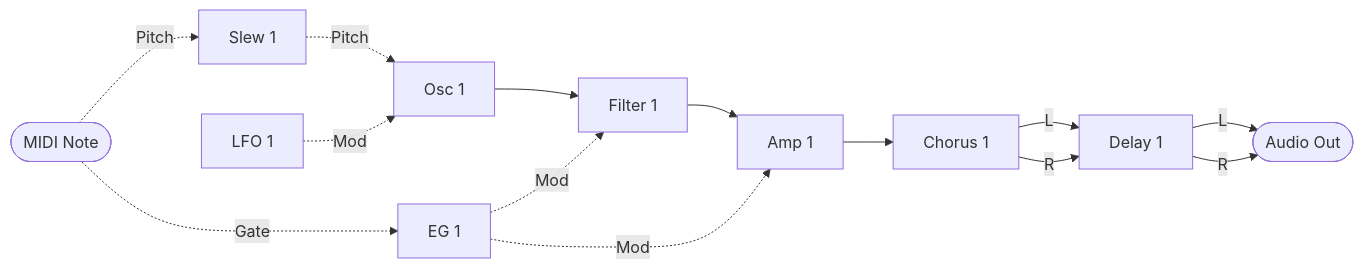
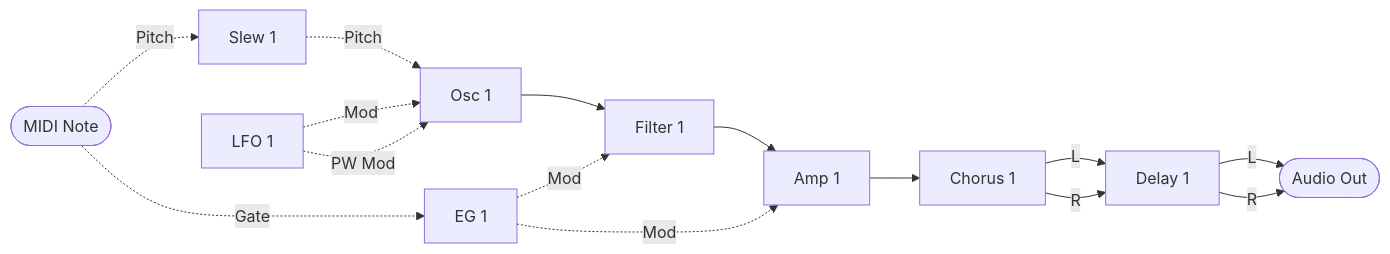
Before and after one commit to risgk/midi_synthesizer_spms1: the first of 6 diagrams in spms1_type2/README.ja.md, drawn with Mermaid. The commit also changed other lines of this file and 8 other files, not shown here.

First line of the commit message:
type-2: Replace Osc 1 Mod Dst with a PW Mod input, its depth PW Mod Amt (CC 103) times PW Mod Polarity

````diff
--- a/spms1_type2/README.ja.md
+++ b/spms1_type2/README.ja.md
@@ -136,28 +136,29 @@
 ```mermaid
 flowchart LR
   NOTE([MIDI Note])
   SLEW[Slew 1]
   LFO[LFO 1]
   EG[EG 1]
   OSC[Osc 1]
   FILTER[Filter 1]
   AMP[Amp 1]
   CHORUS[Chorus 1]
   DELAY[Delay 1]
   OUT([Audio Out])
 
   OSC --> FILTER
   FILTER --> AMP
   AMP --> CHORUS
   CHORUS -->|L| DELAY
   CHORUS -->|R| DELAY
   DELAY -->|L| OUT
   DELAY -->|R| OUT
 
   NOTE -. Gate .-> EG
   NOTE -. Pitch .-> SLEW
   SLEW -. Pitch .-> OSC
   LFO -. Mod .-> OSC
+  LFO -. PW Mod .-> OSC
   EG -. Mod .-> FILTER
   EG -. Mod .-> AMP
 ```
````
